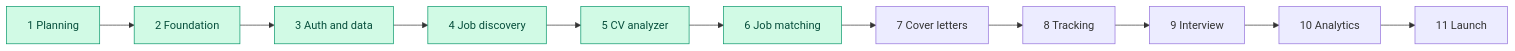
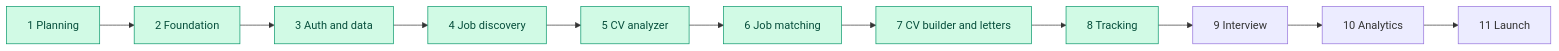
Before and after one commit to kgiannopoulou/JOB-HOUNT-RUN-BY-CLAUDE-CODE: the diagram in docs/07-roadmap.md, drawn with Mermaid. The commit also changed other lines of this file and 91 other files, not shown here.

First line of the commit message:
Add CV builder, cover letters and application tracker

````diff
--- a/docs/07-roadmap.md
+++ b/docs/07-roadmap.md
@@ -5,7 +5,7 @@
 ```mermaid
 flowchart LR
     P1[1 Planning]:::done --> P2[2 Foundation]:::done --> P3[3 Auth and data]:::done --> P4[4 Job discovery]:::done --> P5[5 CV analyzer]:::done
-    P5 --> P6[6 Job matching]:::done --> P7[7 Cover letters]
-    P7 --> P8[8 Tracking] --> P9[9 Interview] --> P10[10 Analytics] --> P11[11 Launch]
+    P5 --> P6[6 Job matching]:::done --> P7[7 CV builder and letters]:::done
+    P7 --> P8[8 Tracking]:::done --> P9[9 Interview] --> P10[10 Analytics] --> P11[11 Launch]
     classDef done fill:#d1fae5,stroke:#059669,color:#064e3b
 ```
````
